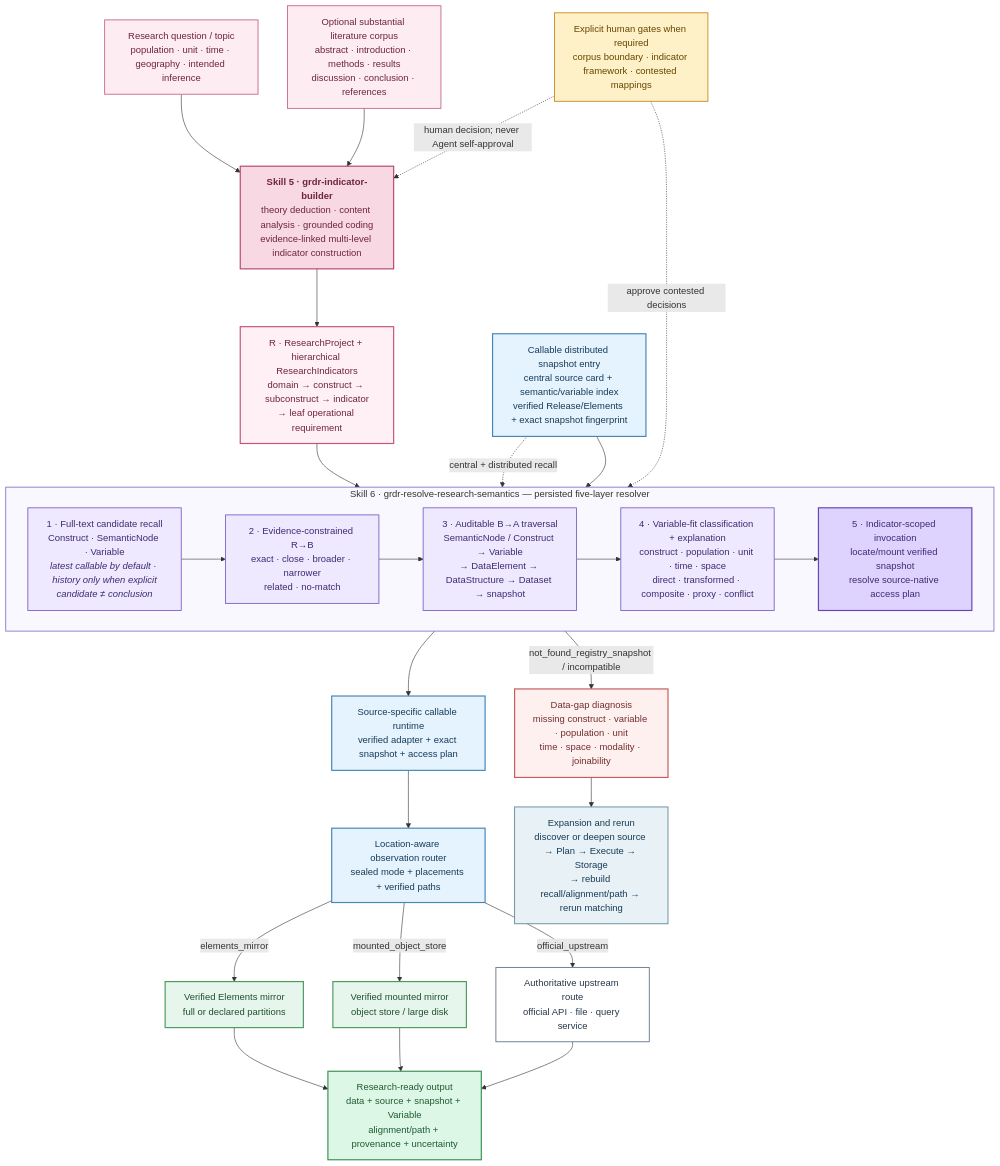
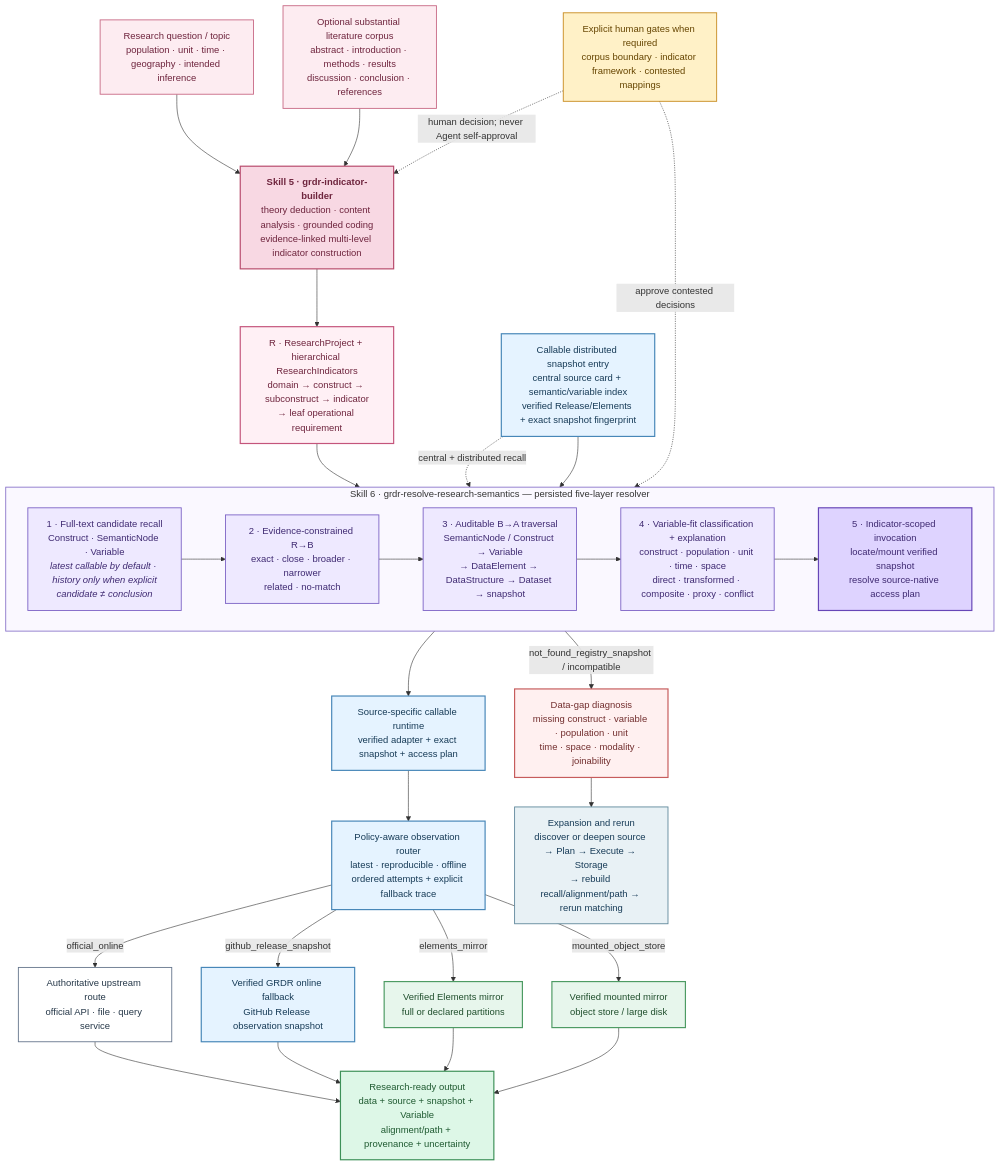
One commit to yangyuezh/grdr-core-version-archive changed the fifth of 5 diagrams in README.md. Above: the diagram before and after it, drawn with Mermaid. The commit also changed other lines of this file and 33 other files, not shown here.

Commit message:
release: add universal online source runtime v4.3.0

````diff
--- a/README.md
+++ b/README.md
@@ -273,59 +310,61 @@
 ```mermaid
 flowchart TB
     QUESTION["Research question / topic<br/>population · unit · time · geography · intended inference"]:::research
     LITERATURE["Optional substantial literature corpus<br/>abstract · introduction · methods · results<br/>discussion · conclusion · references"]:::research
     BUILDER["<b>Skill 5 · grdr-indicator-builder</b><br/>theory deduction · content analysis · grounded coding<br/>evidence-linked multi-level indicator construction"]:::researchStrong
     R_TREE["R · ResearchProject + hierarchical ResearchIndicators<br/>domain → construct → subconstruct → indicator<br/>→ leaf operational requirement"]:::rNode
     HUMAN["Explicit human gates when required<br/>corpus boundary · indicator framework · contested mappings"]:::gate
 
     QUESTION --> BUILDER
     LITERATURE --> BUILDER
     HUMAN -. "human decision; never Agent self-approval" .-> BUILDER
     BUILDER --> R_TREE
 
     SNAPSHOT["Callable distributed snapshot entry<br/>central source card + semantic/variable index<br/>verified Release/Elements + exact snapshot fingerprint"]:::runtime
 
     subgraph FIVE["Skill 6 · grdr-resolve-research-semantics — persisted five-layer resolver"]
         direction LR
         RECALL["1 · Full-text candidate recall<br/>Construct · SemanticNode · Variable<br/><i>latest callable by default · history only when explicit<br/>candidate ≠ conclusion</i>"]:::resolver
         ALIGN["2 · Evidence-constrained R→B<br/>exact · close · broader · narrower<br/>related · no-match"]:::resolver
         TRAVERSE["3 · Auditable B→A traversal<br/>SemanticNode / Construct → Variable<br/>→ DataElement → DataStructure → Dataset → snapshot"]:::resolver
         FIT["4 · Variable-fit classification + explanation<br/>construct · population · unit · time · space<br/>direct · transformed · composite · proxy · conflict"]:::resolver
         INVOKE["5 · Indicator-scoped invocation<br/>locate/mount verified snapshot<br/>resolve source-native access plan"]:::resolverStrong
         RECALL --> ALIGN --> TRAVERSE --> FIT --> INVOKE
     end
 
     R_TREE --> RECALL
     SNAPSHOT -. "central + distributed recall" .-> RECALL
     SNAPSHOT --> INVOKE
     HUMAN -. "approve contested decisions" .-> FIT
 
     SOURCE_RUNTIME["Source-specific callable runtime<br/>verified adapter + exact snapshot + access plan"]:::runtime
-    ROUTER["Location-aware observation router<br/>sealed mode + placements + verified paths"]:::runtime
+    ROUTER["Policy-aware observation router<br/>latest · reproducible · offline<br/>ordered attempts + explicit fallback trace"]:::runtime
     LOCAL["Verified Elements mirror<br/>full or declared partitions"]:::local
     MOUNTED["Verified mounted mirror<br/>object store / large disk"]:::local
+    RELEASE_ROUTE["Verified GRDR online fallback<br/>GitHub Release observation snapshot"]:::runtime
     UPSTREAM["Authoritative upstream route<br/>official API · file · query service"]:::external
     RESULT["Research-ready output<br/>data + source + snapshot + Variable<br/>alignment/path + provenance + uncertainty"]:::result
     GAP["Data-gap diagnosis<br/>missing construct · variable · population · unit<br/>time · space · modality · joinability"]:::gap
     EXPAND["Expansion and rerun<br/>discover or deepen source → Plan → Execute → Storage<br/>→ rebuild recall/alignment/path → rerun matching"]:::shared
 
     INVOKE --> SOURCE_RUNTIME --> ROUTER
+    ROUTER -->|"official_online"| UPSTREAM --> RESULT
+    ROUTER -->|"github_release_snapshot"| RELEASE_ROUTE --> RESULT
     ROUTER -->|"elements_mirror"| LOCAL --> RESULT
     ROUTER -->|"mounted_object_store"| MOUNTED --> RESULT
-    ROUTER -->|"official_upstream"| UPSTREAM --> RESULT
     FIT -->|"not_found_registry_snapshot / incompatible"| GAP --> EXPAND
 
     classDef research fill:#FDECF1,stroke:#C76884,color:#6E243D,stroke-width:1.5px;
     classDef researchStrong fill:#F8D8E3,stroke:#B84A6C,color:#6E243D,stroke-width:2px;
     classDef rNode fill:#FFF0F5,stroke:#C4557B,color:#6E243D,stroke-width:2px;
     classDef gate fill:#FFF1C7,stroke:#C78A1D,color:#664500,stroke-width:1.5px;
     classDef resolver fill:#EEE9FF,stroke:#7B62C5,color:#3F2A72,stroke-width:1.5px;
     classDef resolverStrong fill:#DED3FF,stroke:#6646B7,color:#3F2A72,stroke-width:2px;
     classDef runtime fill:#E5F3FF,stroke:#4787B8,color:#173B57,stroke-width:2px;
     classDef local fill:#E7F6EC,stroke:#4D9B63,color:#204F2D,stroke-width:2px;
     classDef external fill:#FFFFFF,stroke:#64748B,color:#263849,stroke-width:1.5px;
     classDef result fill:#DDF7E7,stroke:#3D9158,color:#1F5A31,stroke-width:2px;
     classDef gap fill:#FFF0F0,stroke:#C65C5C,color:#722E2E,stroke-width:2px;
     classDef shared fill:#E8F1F5,stroke:#5E879A,color:#173B57,stroke-width:1.5px;
     style FIVE fill:#FAF8FF,stroke:#8A74CA,stroke-width:1.5px
 ```
````
